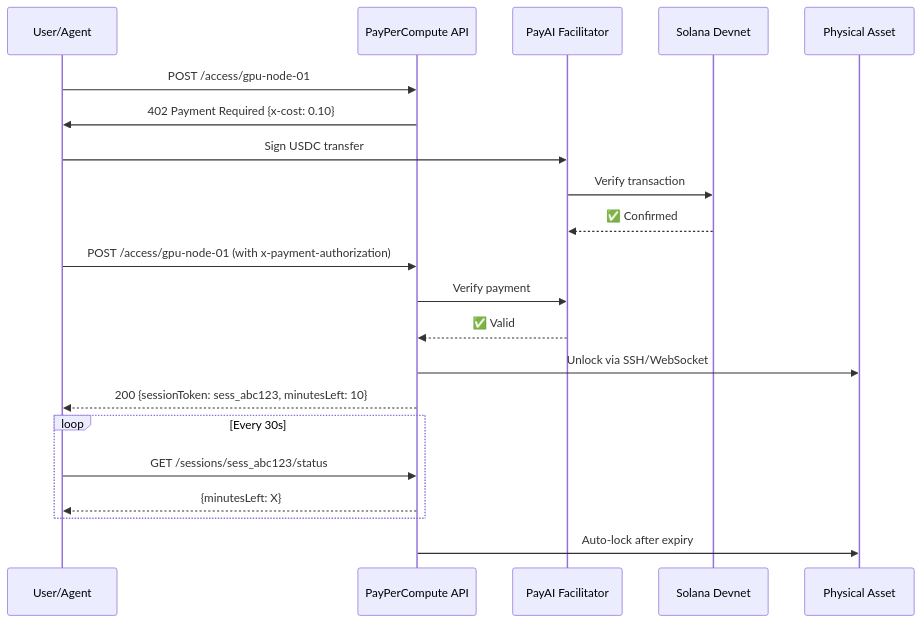
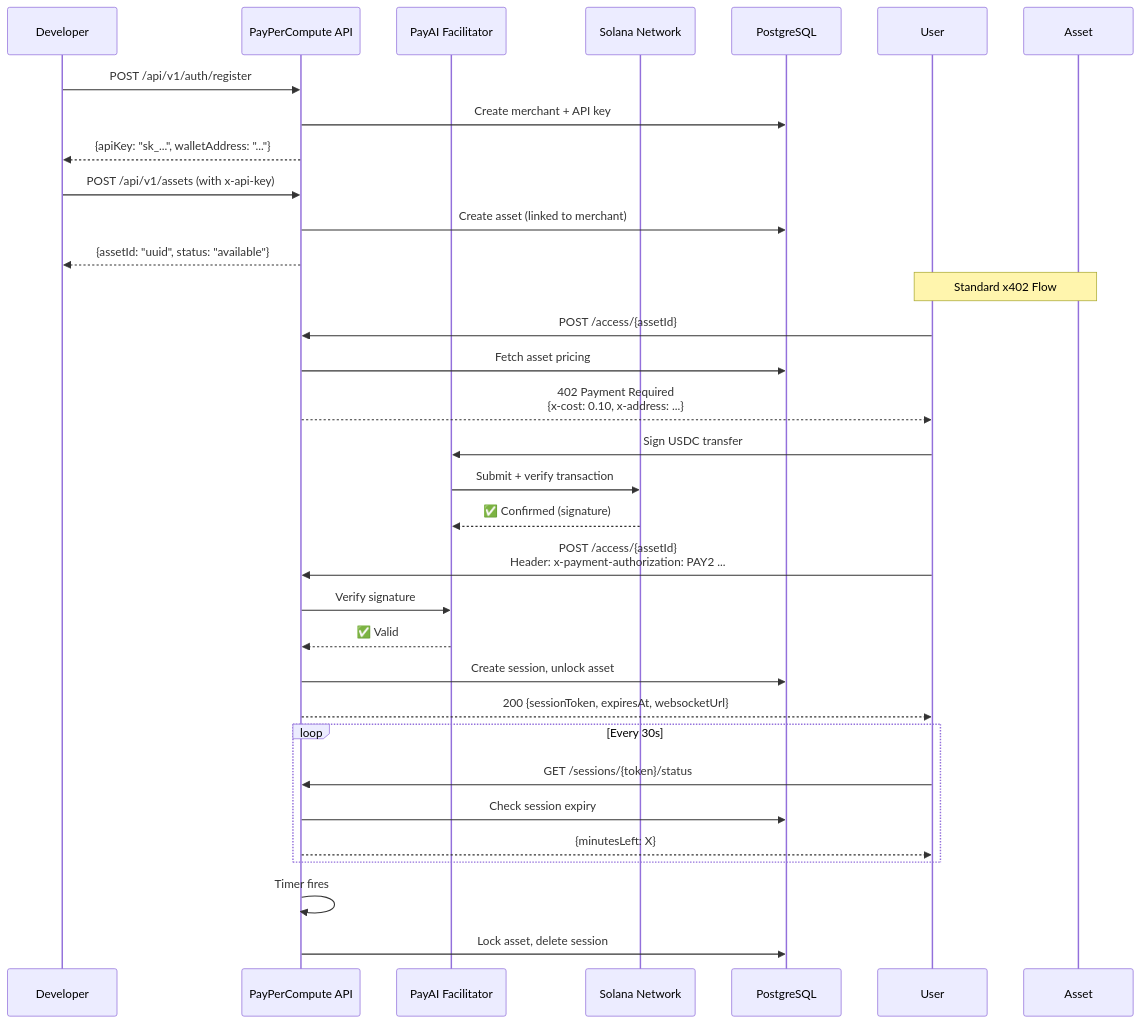
The first of 2 diagrams in README.md (anthonykimani/pay-per-compute), drawn with Mermaid before and after one commit. The commit also changed other lines of this file and 16 other files, not shown here.

````diff
--- a/README.md
+++ b/README.md
@@ -32,29 +57,43 @@
 ```mermaid
 sequenceDiagram
-    participant User as User/Agent
+    participant Dev as Developer
     participant API as PayPerCompute API
     participant PayAI as PayAI Facilitator
-    participant Solana as Solana Devnet
-    participant Asset as Physical Asset
+    participant Solana as Solana Network
+    participant DB as PostgreSQL
+
+    %% Merchant Onboarding
+    Dev->>API: POST /api/v1/auth/register
+    API->>DB: Create merchant + API key
+    API-->>Dev: {apiKey: "sk_...", walletAddress: "..."}
     
-    User->>API: POST /access/gpu-node-01
-    API->>User: 402 Payment Required {x-cost: 0.10}
+    %% Asset Creation
+    Dev->>API: POST /api/v1/assets (with x-api-key)
+    API->>DB: Create asset (linked to merchant)
+    API-->>Dev: {assetId: "uuid", status: "available"}
     
+    %% Payment Flow
+    Note over User,Asset: Standard x402 Flow
+    User->>API: POST /access/{assetId}
+    API->>DB: Fetch asset pricing
+    API-->>User: 402 Payment Required<br/>{x-cost: 0.10, x-address: ...}
     User->>PayAI: Sign USDC transfer
-    PayAI->>Solana: Verify transaction
-    Solana-->>PayAI: ✅ Confirmed
+    PayAI->>Solana: Submit + verify transaction
+    Solana-->>PayAI: ✅ Confirmed (signature)
+    User->>API: POST /access/{assetId}<br/>Header: x-payment-authorization: PAY2 ...
+    API->>PayAI: Verify signature
+    PayAI-->>API: ✅ Valid
+    API->>DB: Create session, unlock asset
+    API-->>User: 200 {sessionToken, expiresAt, websocketUrl}
     
-    User->>API: POST /access/gpu-node-01 (with x-payment-authorization)
-    API->>PayAI: Verify payment
-    PayAI-->>API: ✅ Valid
-    
-    API->>Asset: Unlock via SSH/WebSocket
-    API-->>User: 200 {sessionToken: sess_abc123, minutesLeft: 10}
-    
+    %% Session Monitoring
     loop Every 30s
-        User->>API: GET /sessions/sess_abc123/status
+        User->>API: GET /sessions/{token}/status
+        API->>DB: Check session expiry
         API-->>User: {minutesLeft: X}
     end
     
-    API->>Asset: Auto-lock after expiry
+    %% Auto-Expiry
+    API->>API: Timer fires
+    API->>DB: Lock asset, delete session
 ```
````
